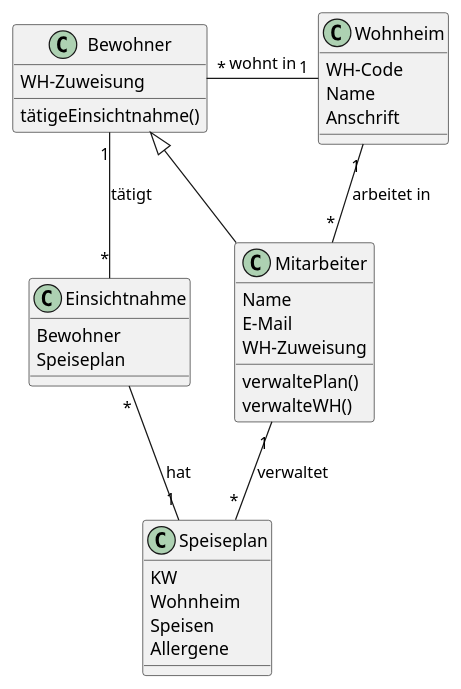
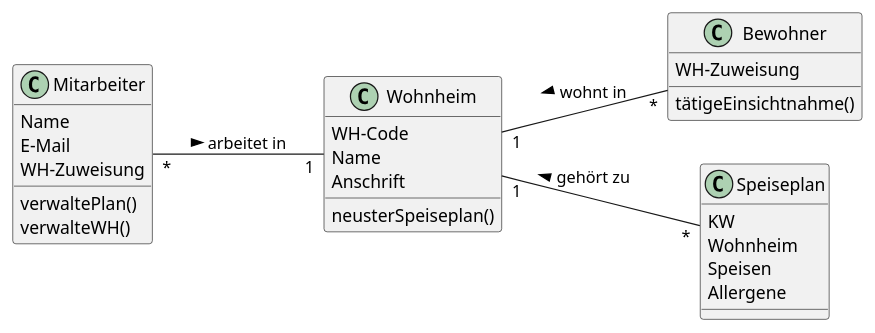
The second of 4 diagrams in Pflichtenheft_FoodTable.adoc (1920-3ahif-syp/01-project-prposal-mwllgr), drawn with PlantUML before and after one commit. The commit also changed other lines of this file, not shown here.

```diff
--- a/Pflichtenheft_FoodTable.adoc
+++ b/Pflichtenheft_FoodTable.adoc
@@ -66,42 +64,37 @@
 [plantuml,class,png]
 ....
 @startuml
+left to right direction
 class Mitarbeiter {
     Name
     E-Mail
     WH-Zuweisung
     verwaltePlan()
     verwalteWH()
 }
 class Bewohner {
     WH-Zuweisung
     tätigeEinsichtnahme()
 }
 
-class Einsichtnahme {
-    Bewohner
-    Speiseplan
-}
-
 class Wohnheim {
     WH-Code
     Name
     Anschrift
+    neusterSpeiseplan()
 }
 
 class Speiseplan {
     KW
     Wohnheim
     Speisen
     Allergene
 }
-Wohnheim"1" -left- "*"Bewohner: wohnt in
-Mitarbeiter"*" -up- "1"Wohnheim : arbeitet in
+Wohnheim"1" -- "*"Bewohner: wohnt in <
+Mitarbeiter"*" -- "1"Wohnheim : arbeitet in >
 
 
-Mitarbeiter  "1" -- "*"Speiseplan : verwaltet
-Bewohner <|-- Mitarbeiter
-Bewohner"1" -- "*"Einsichtnahme : tätigt
-Einsichtnahme"*" -down- "1"Speiseplan : hat
+Wohnheim  "1" -- "*"Speiseplan : gehört zu <
+
 @enduml
 ....
```
